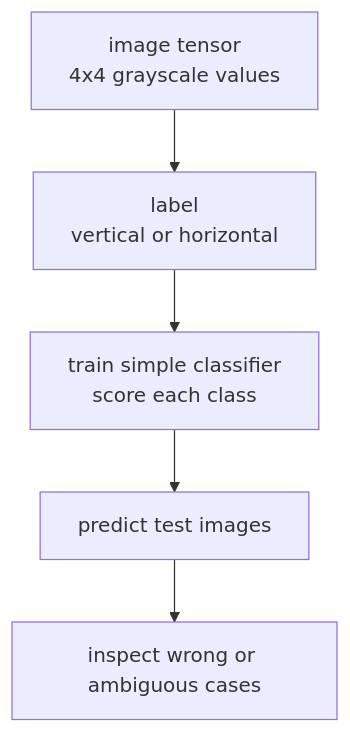
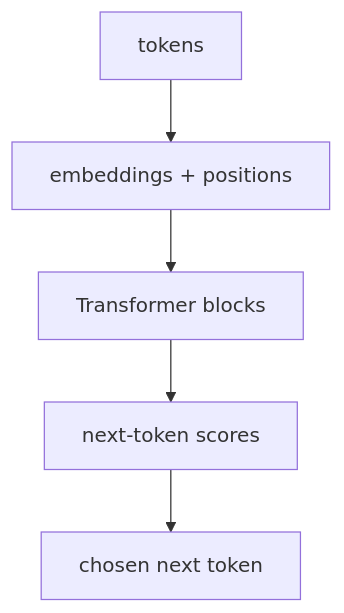
One commit to devchan64/AiBook changed the first of 2 diagrams in docs/parts/part-06/chapter-03/section-01.md. Above: the diagram before and after it, drawn with Mermaid. The commit also changed other lines of this file and 213 other files, not shown here.

````diff
--- a/docs/parts/part-06/chapter-03/section-01.md
+++ b/docs/parts/part-06/chapter-03/section-01.md
@@ -67,10 +155,13 @@
 ```mermaid
 flowchart TD
-  A["image tensor<br/>4x4 grayscale values"]
-  B["label<br/>vertical or horizontal"]
-  C["train simple classifier<br/>score each class"]
-  D["predict test images"]
-  E["inspect wrong or ambiguous cases"]
+  A["tokens"]
+  B["embeddings + positions"]
+  C["Transformer blocks"]
+  D["next-token scores"]
+  E["chosen next token"]
 
-  A --> B --> C --> D --> E
+  A --> B
+  B --> C
+  C --> D
+  D --> E
 ```
````
